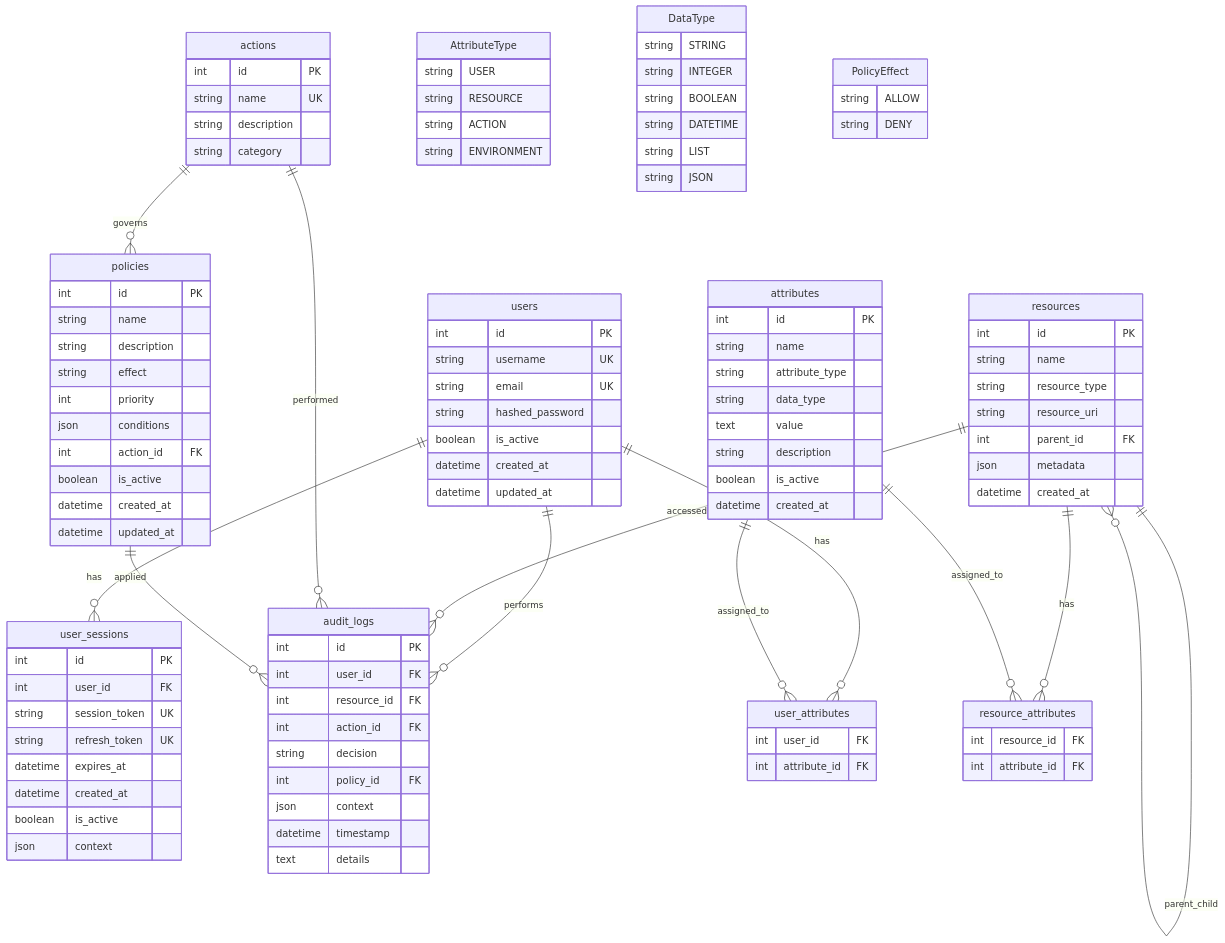
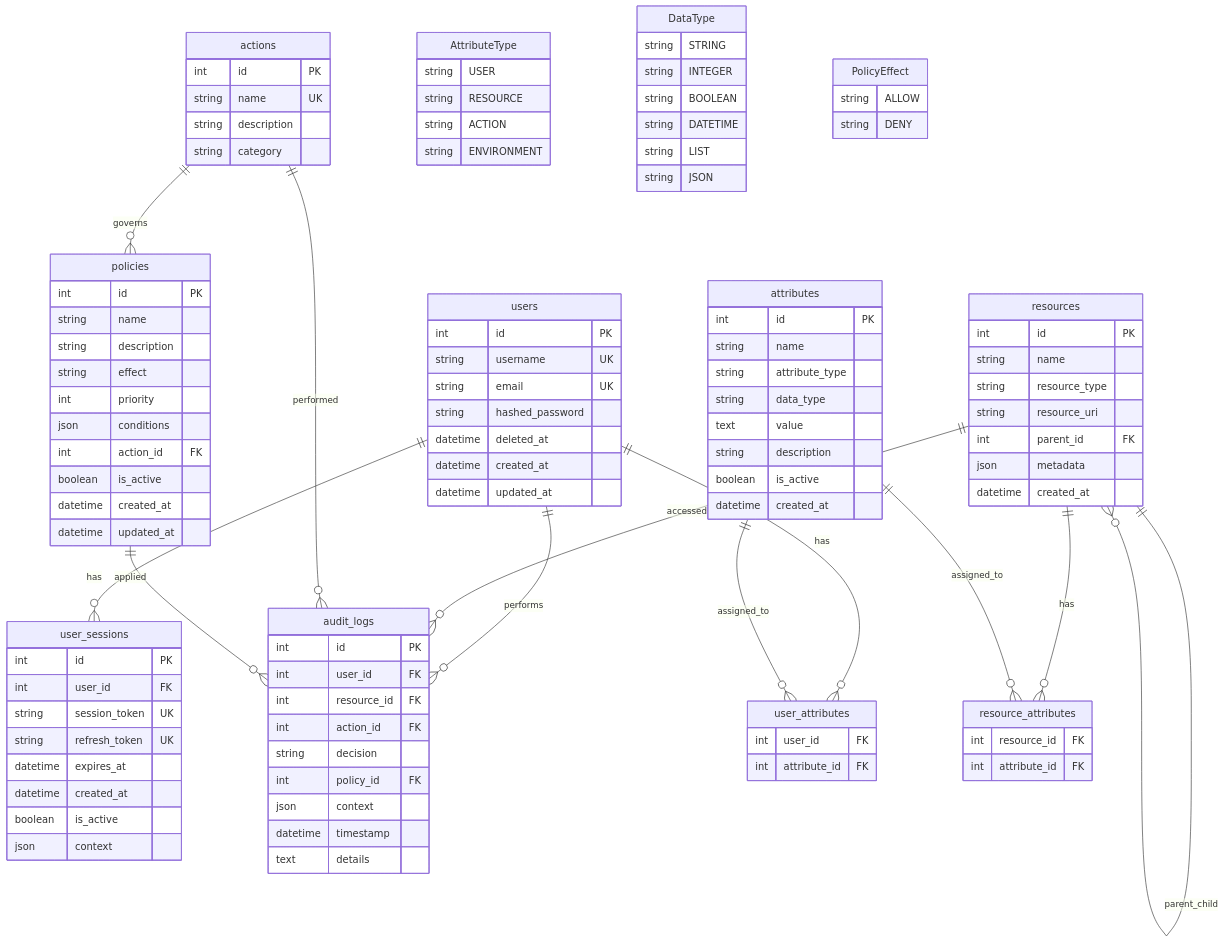
One commit to SidharthArya/fastset changed the diagram in docs/erd.md. Above: the diagram before and after it, drawn with Mermaid. The commit also changed 3 other files, not shown here.

```diff
--- a/docs/erd.md
+++ b/docs/erd.md
@@ -10,7 +10,7 @@
         string username UK
         string email UK
         string hashed_password
-        boolean is_active
+        datetime deleted_at
         datetime created_at
         datetime updated_at
     }
```
